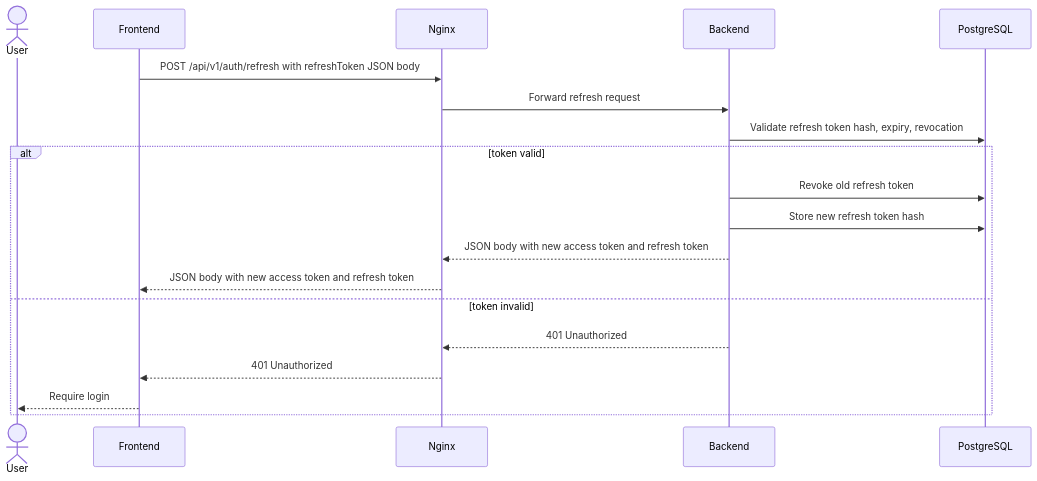
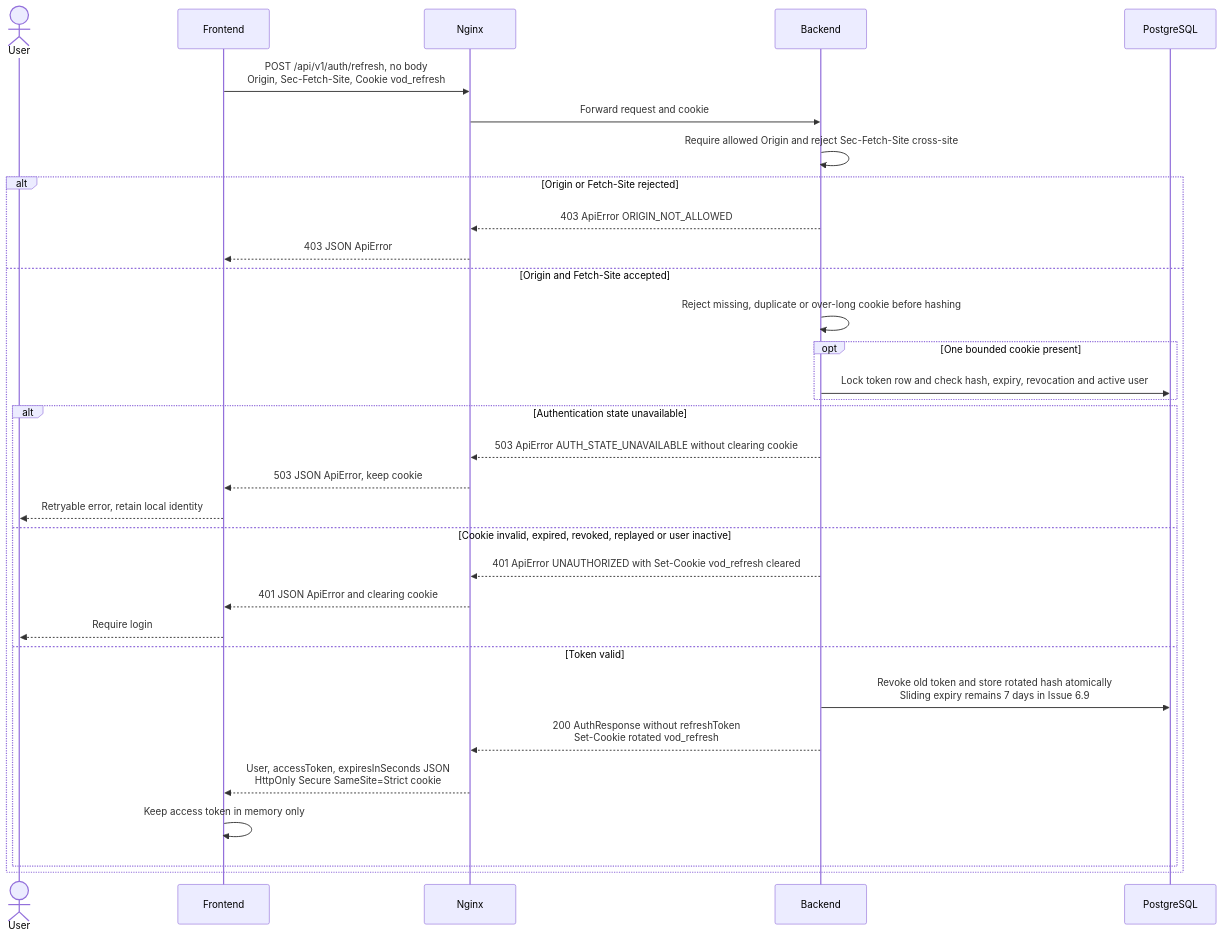
The eighth of 9 diagrams in docs/architecture/SEQUENCE-DIAGRAMS.md (Duyphanb/Self-hosted-VoD-Platform), drawn with Mermaid before and after one commit. The commit also changed other lines of this file and 103 other files, not shown here.

First line of the commit message:
feat(auth): move the refresh token to an HttpOnly cookie and keep the access token in memory (#237)

````diff
--- a/docs/architecture/SEQUENCE-DIAGRAMS.md
+++ b/docs/architecture/SEQUENCE-DIAGRAMS.md
@@ -254,22 +254,35 @@
 ```mermaid
 sequenceDiagram
     actor User
     participant Frontend
     participant Nginx
     participant Backend
     participant PostgreSQL
 
-    Frontend->>Nginx: POST /api/v1/auth/refresh with refreshToken JSON body
-    Nginx->>Backend: Forward refresh request
-    Backend->>PostgreSQL: Validate refresh token hash, expiry, revocation
-    alt token valid
-        Backend->>PostgreSQL: Revoke old refresh token
-        Backend->>PostgreSQL: Store new refresh token hash
-        Backend-->>Nginx: JSON body with new access token and refresh token
-        Nginx-->>Frontend: JSON body with new access token and refresh token
-    else token invalid
-        Backend-->>Nginx: 401 Unauthorized
-        Nginx-->>Frontend: 401 Unauthorized
-        Frontend-->>User: Require login
+    Frontend->>Nginx: POST /api/v1/auth/refresh, no body<br/>Origin, Sec-Fetch-Site, Cookie vod_refresh
+    Nginx->>Backend: Forward request and cookie
+    Backend->>Backend: Require allowed Origin and reject Sec-Fetch-Site cross-site
+    alt Origin or Fetch-Site rejected
+        Backend-->>Nginx: 403 ApiError ORIGIN_NOT_ALLOWED
+        Nginx-->>Frontend: 403 JSON ApiError
+    else Origin and Fetch-Site accepted
+        Backend->>Backend: Reject missing, duplicate or over-long cookie before hashing
+        opt One bounded cookie present
+            Backend->>PostgreSQL: Lock token row and check hash, expiry, revocation and active user
+        end
+        alt Authentication state unavailable
+            Backend-->>Nginx: 503 ApiError AUTH_STATE_UNAVAILABLE without clearing cookie
+            Nginx-->>Frontend: 503 JSON ApiError, keep cookie
+            Frontend-->>User: Retryable error, retain local identity
+        else Cookie invalid, expired, revoked, replayed or user inactive
+            Backend-->>Nginx: 401 ApiError UNAUTHORIZED with Set-Cookie vod_refresh cleared
+            Nginx-->>Frontend: 401 JSON ApiError and clearing cookie
+            Frontend-->>User: Require login
+        else Token valid
+            Backend->>PostgreSQL: Revoke old token and store rotated hash atomically<br/>Sliding expiry remains 7 days in Issue 6.9
+            Backend-->>Nginx: 200 AuthResponse without refreshToken<br/>Set-Cookie rotated vod_refresh
+            Nginx-->>Frontend: User, accessToken, expiresInSeconds JSON<br/>HttpOnly Secure SameSite=Strict cookie
+            Frontend->>Frontend: Keep access token in memory only
+        end
     end
 ```
````
